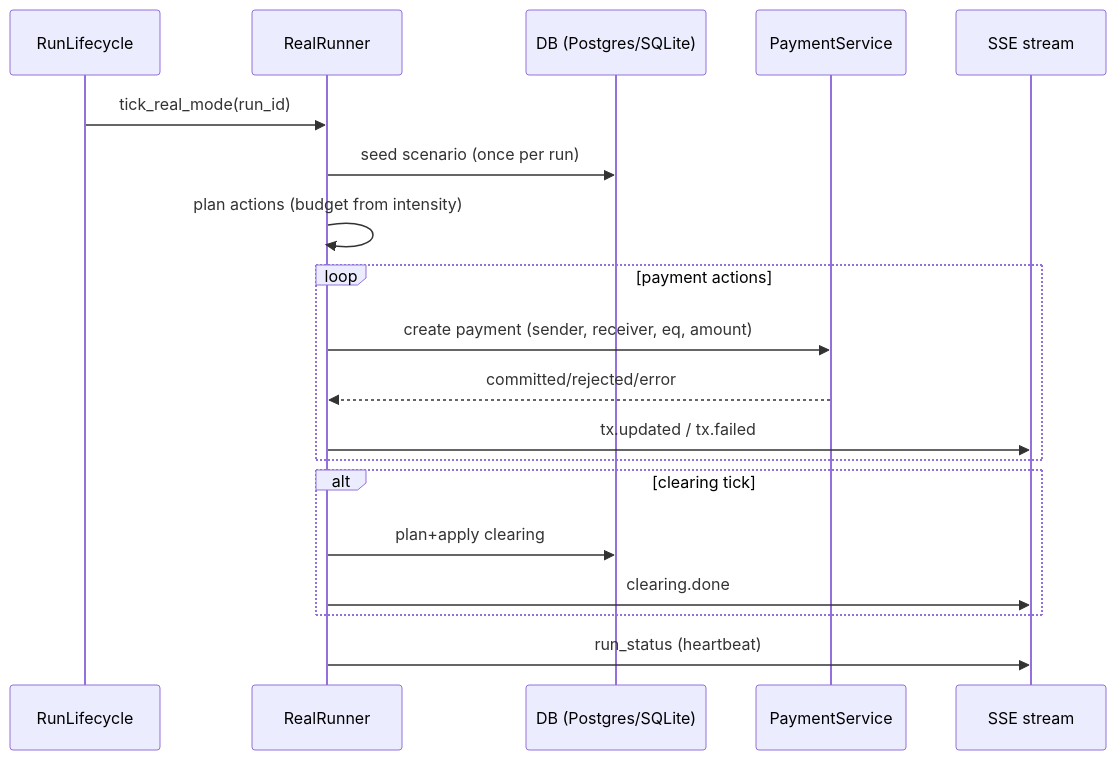
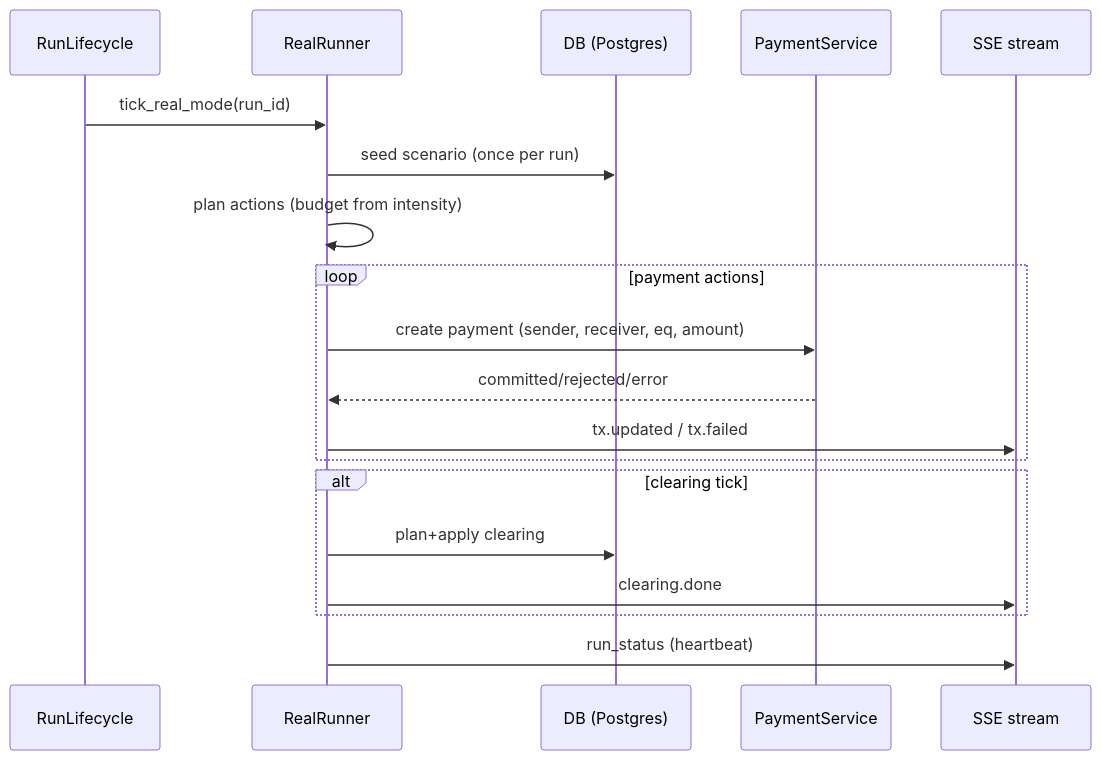
Before and after one commit to slawa19/GEOv0: the fourth of 4 diagrams in docs/ru/simulator/scenarios-and-engine.md, drawn with Mermaid. The commit also changed other lines of this file and 14 other files, not shown here.

````diff
--- a/docs/ru/simulator/scenarios-and-engine.md
+++ b/docs/ru/simulator/scenarios-and-engine.md
@@ -465,22 +465,22 @@
 ```mermaid
 sequenceDiagram
   participant RL as RunLifecycle
   participant RR as RealRunner
-  participant DB as DB (Postgres/SQLite)
+  participant DB as DB (Postgres)
   participant Pay as PaymentService
   participant SSE as SSE stream
 
   RL->>RR: tick_real_mode(run_id)
   RR->>DB: seed scenario (once per run)
   RR->>RR: plan actions (budget from intensity)
   loop payment actions
     RR->>Pay: create payment (sender, receiver, eq, amount)
     Pay-->>RR: committed/rejected/error
     RR->>SSE: tx.updated / tx.failed
   end
   alt clearing tick
     RR->>DB: plan+apply clearing
     RR->>SSE: clearing.done
   end
   RR->>SSE: run_status (heartbeat)
 ```
````
